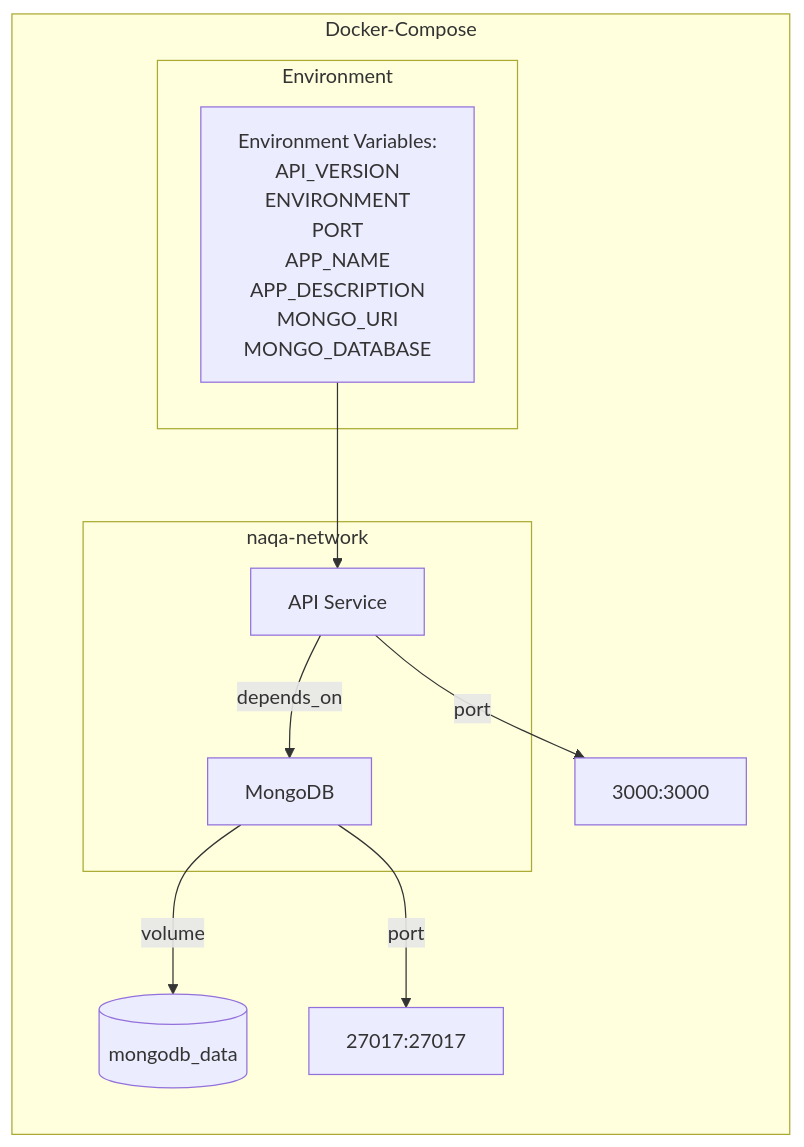
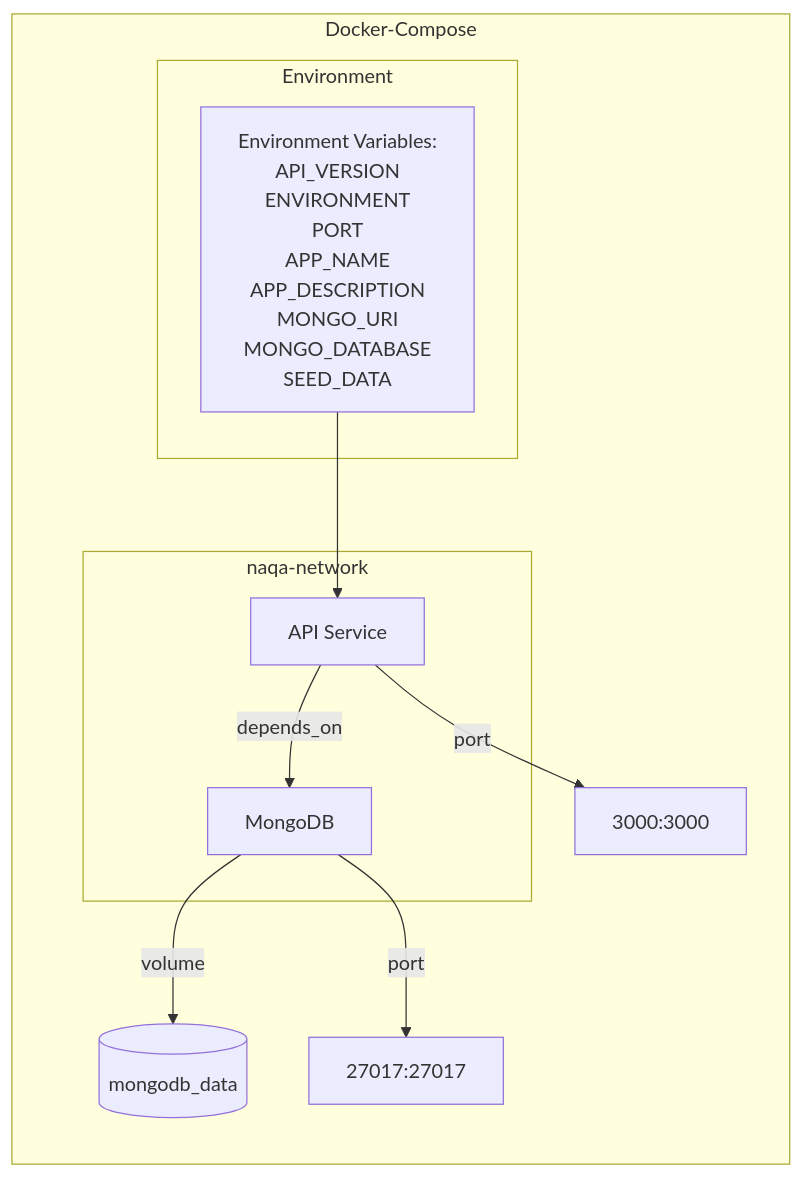
The second of 3 diagrams in README.md (anqorithm/naqa-api), drawn with Mermaid before and after one commit. The commit also changed other lines of this file and 8 other files, not shown here.

````diff
--- a/README.md
+++ b/README.md
@@ -428,22 +449,22 @@
 ```mermaid
 graph LR
     subgraph Docker-Compose
         subgraph naqa-network
             api[API Service]
             mongo[MongoDB]
             api --> |depends_on| mongo
         end
         
         volume[(mongodb_data)]
         mongo --> |volume| volume
         
         api --> |port| port1[3000:3000]
         mongo --> |port| port2[27017:27017]
         
         subgraph Environment
-            env[Environment Variables:<br/>API_VERSION<br/>ENVIRONMENT<br/>PORT<br/>APP_NAME<br/>APP_DESCRIPTION<br/>MONGO_URI<br/>MONGO_DATABASE]
+            env[Environment Variables:<br/>API_VERSION<br/>ENVIRONMENT<br/>PORT<br/>APP_NAME<br/>APP_DESCRIPTION<br/>MONGO_URI<br/>MONGO_DATABASE<br/>SEED_DATA]
         end
         
         env --> api
     end
 ```
````
